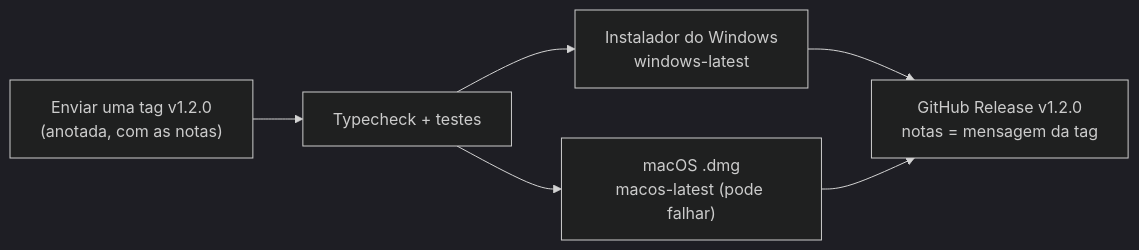
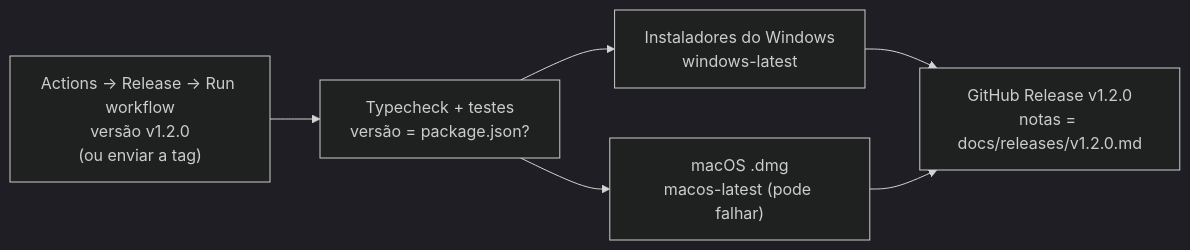
One commit to nsfxu/lan-screenshare changed the second of 2 diagrams in docs/pt-BR/development.md. Above: the diagram before and after it, drawn with Mermaid (dark theme). The commit also changed other lines of this file and 3 other files, not shown here.

First line of the commit message:
Start releases from the Actions tab and keep notes in the repo (#1)

````diff
--- a/docs/pt-BR/development.md
+++ b/docs/pt-BR/development.md
@@ -152,8 +152,8 @@
 ```mermaid
 flowchart LR
-  T["Enviar uma tag v1.2.0<br/>(anotada, com as notas)"] --> C["Typecheck + testes"]
-  C --> W["Instalador do Windows<br/>windows-latest"]
+  S["Actions → Release → Run workflow<br/>versão v1.2.0<br/>(ou enviar a tag)"] --> C["Typecheck + testes<br/>versão = package.json?"]
+  C --> W["Instaladores do Windows<br/>windows-latest"]
   C --> M["macOS .dmg<br/>macos-latest (pode falhar)"]
-  W --> R["GitHub Release v1.2.0<br/>notas = mensagem da tag"]
+  W --> R["GitHub Release v1.2.0<br/>notas = docs/releases/v1.2.0.md"]
   M --> R
 ```
````
